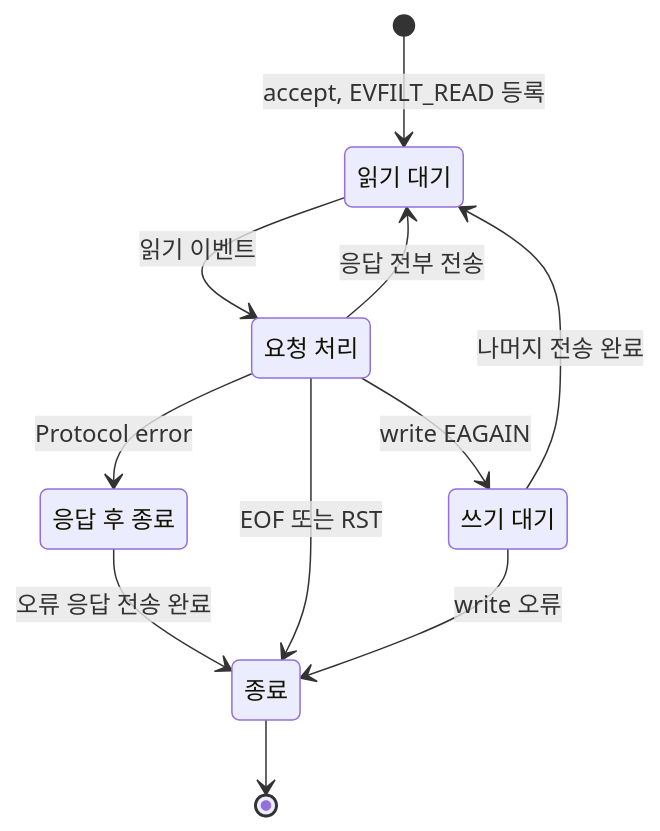
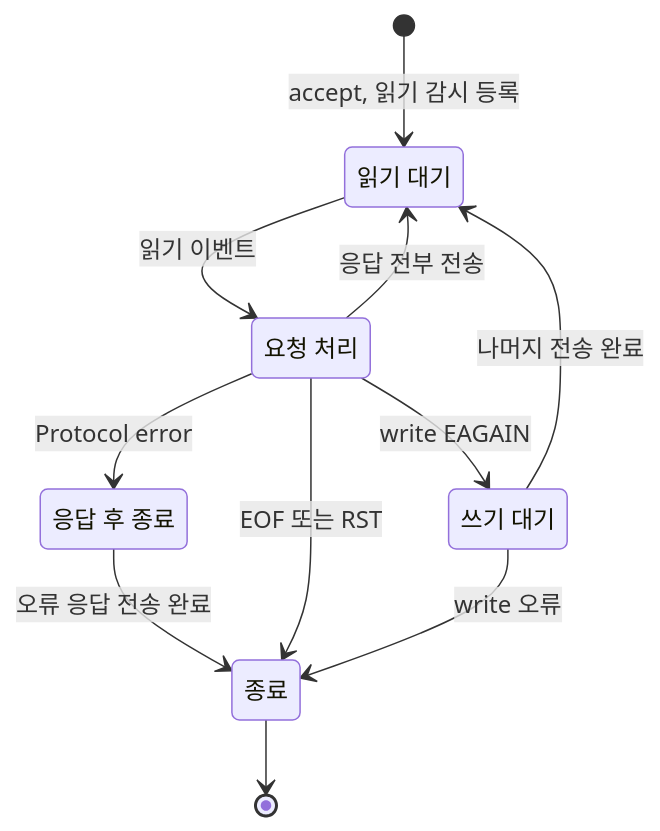
One commit to nini4746/mini-redis changed diagram 11 of 12 in docs/SDS.md. Above: the diagram before and after it, drawn with Mermaid. The commit also changed other lines of this file and 2 other files, not shown here.

````diff
--- a/docs/SDS.md
+++ b/docs/SDS.md
@@ -438,18 +551,18 @@
 ```mermaid
 stateDiagram-v2
     state "읽기 대기" as Idle
     state "요청 처리" as Processing
     state "쓰기 대기" as WriteBlocked
     state "응답 후 종료" as CloseAfterWrite
     state "종료" as Closed
-    [*] --> Idle : accept, EVFILT_READ 등록
+    [*] --> Idle : accept, 읽기 감시 등록
     Idle --> Processing : 읽기 이벤트
     Processing --> Idle : 응답 전부 전송
     Processing --> WriteBlocked : write EAGAIN
     WriteBlocked --> Idle : 나머지 전송 완료
     Processing --> CloseAfterWrite : Protocol error
     CloseAfterWrite --> Closed : 오류 응답 전송 완료
     Processing --> Closed : EOF 또는 RST
     WriteBlocked --> Closed : write 오류
     Closed --> [*]
 ```
````
